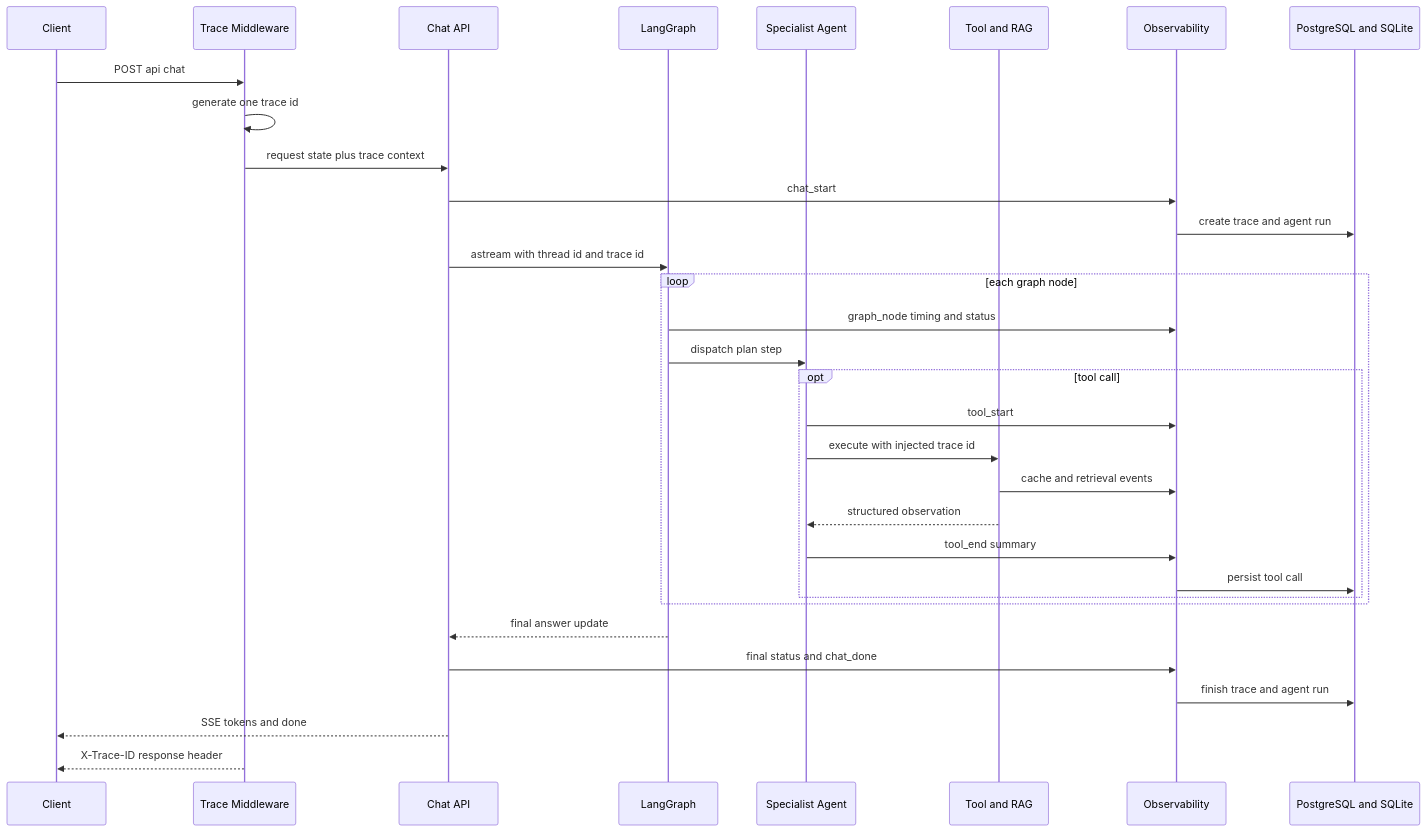
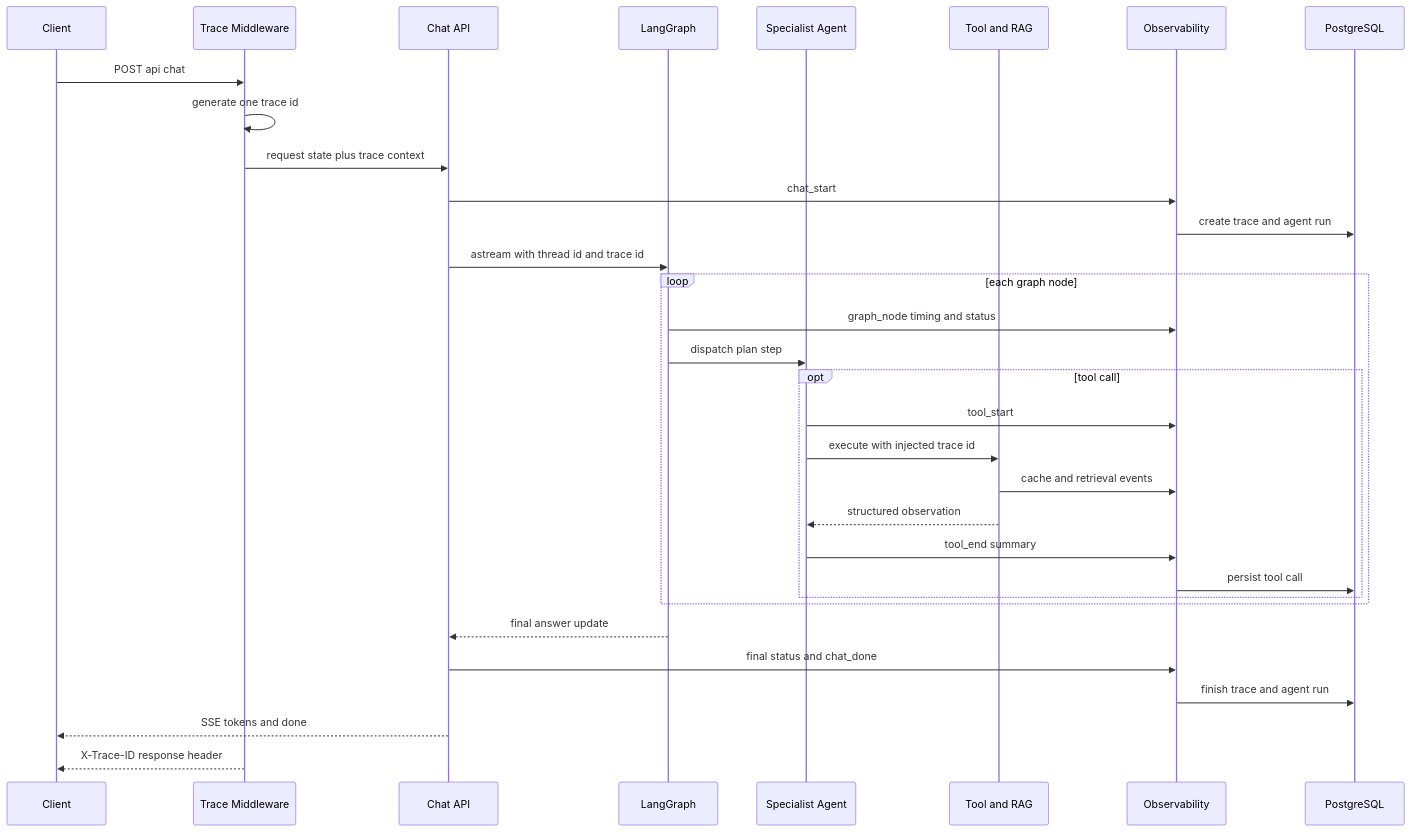
Before and after one commit to uuo00n/lexcore-legal-agent: the first of 2 diagrams in docs/architecture/observability.md, drawn with Mermaid. The commit also changed other lines of this file and 28 other files, not shown here.

````diff
--- a/docs/architecture/observability.md
+++ b/docs/architecture/observability.md
@@ -8,35 +8,35 @@
 ```mermaid
 sequenceDiagram
     participant C as Client
     participant M as Trace Middleware
     participant API as Chat API
     participant G as LangGraph
     participant A as Specialist Agent
     participant T as Tool and RAG
     participant O as Observability
-    participant DB as PostgreSQL and SQLite
+    participant DB as PostgreSQL
 
     C->>M: POST api chat
     M->>M: generate one trace id
     M->>API: request state plus trace context
     API->>O: chat_start
     O->>DB: create trace and agent run
     API->>G: astream with thread id and trace id
     loop each graph node
         G->>O: graph_node timing and status
         G->>A: dispatch plan step
         opt tool call
             A->>O: tool_start
             A->>T: execute with injected trace id
             T->>O: cache and retrieval events
             T-->>A: structured observation
             A->>O: tool_end summary
             O->>DB: persist tool call
         end
     end
     G-->>API: final answer update
     API->>O: final status and chat_done
     O->>DB: finish trace and agent run
     API-->>C: SSE tokens and done
     M-->>C: X-Trace-ID response header
 ```
````
